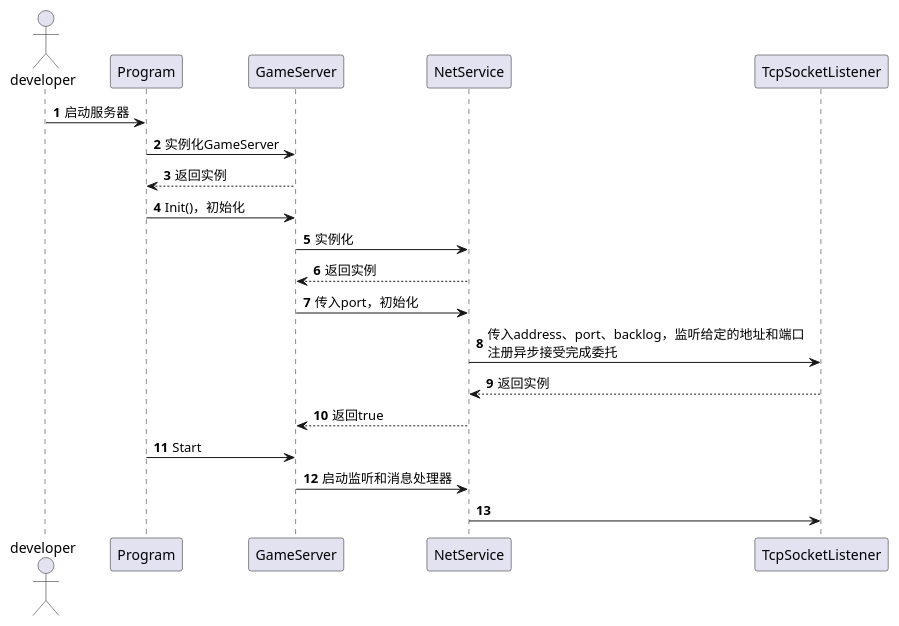
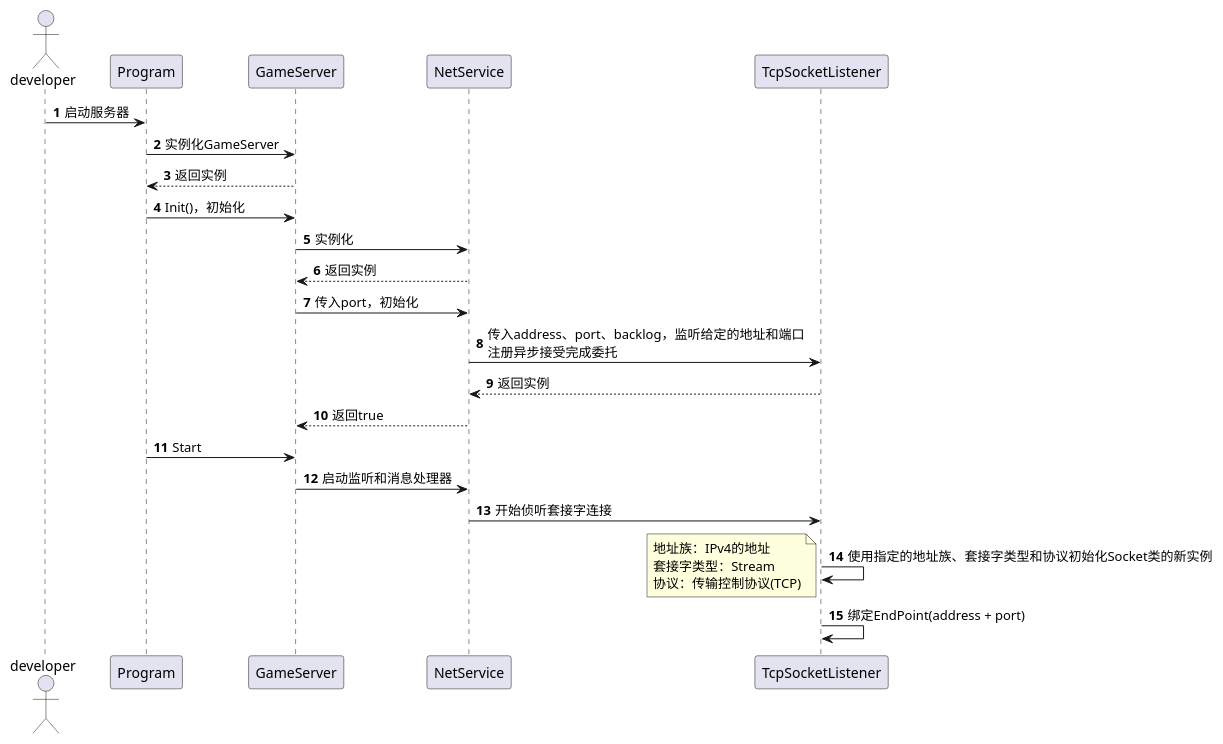
One commit to mkitto/mmo-1 changed the diagram in ExtremeWorld/uml/server_net_seq.puml. Above: the diagram before and after it, drawn with PlantUML.

Commit message:
服务区net部分时序图

```diff
--- a/ExtremeWorld/uml/server_net_seq.puml
+++ b/ExtremeWorld/uml/server_net_seq.puml
@@ -1,20 +1,27 @@
 @startuml
 'https://plantuml.com/sequence-diagram
 
 autonumber
 actor developer
 developer -> Program: 启动服务器
 Program -> GameServer: 实例化GameServer
 GameServer --> Program: 返回实例
 Program -> GameServer: Init()，初始化
 GameServer -> NetService: 实例化
 NetService --> GameServer: 返回实例
 GameServer -> NetService: 传入port，初始化
 NetService -> TcpSocketListener: 传入address、port、backlog，监听给定的地址和端口\n注册异步接受完成委托
 TcpSocketListener --> NetService: 返回实例
 NetService --> GameServer: 返回true
 Program -> GameServer: Start
 GameServer -> NetService: 启动监听和消息处理器
-NetService -> TcpSocketListener:
+NetService -> TcpSocketListener: 开始侦听套接字连接
+TcpSocketListener -> TcpSocketListener: 使用指定的地址族、套接字类型和协议初始化Socket类的新实例
+note left
+地址族：IPv4的地址
+套接字类型：Stream
+协议：传输控制协议(TCP)
+end note
+TcpSocketListener -> TcpSocketListener: 绑定EndPoint(address + port)
 
 @enduml
```
